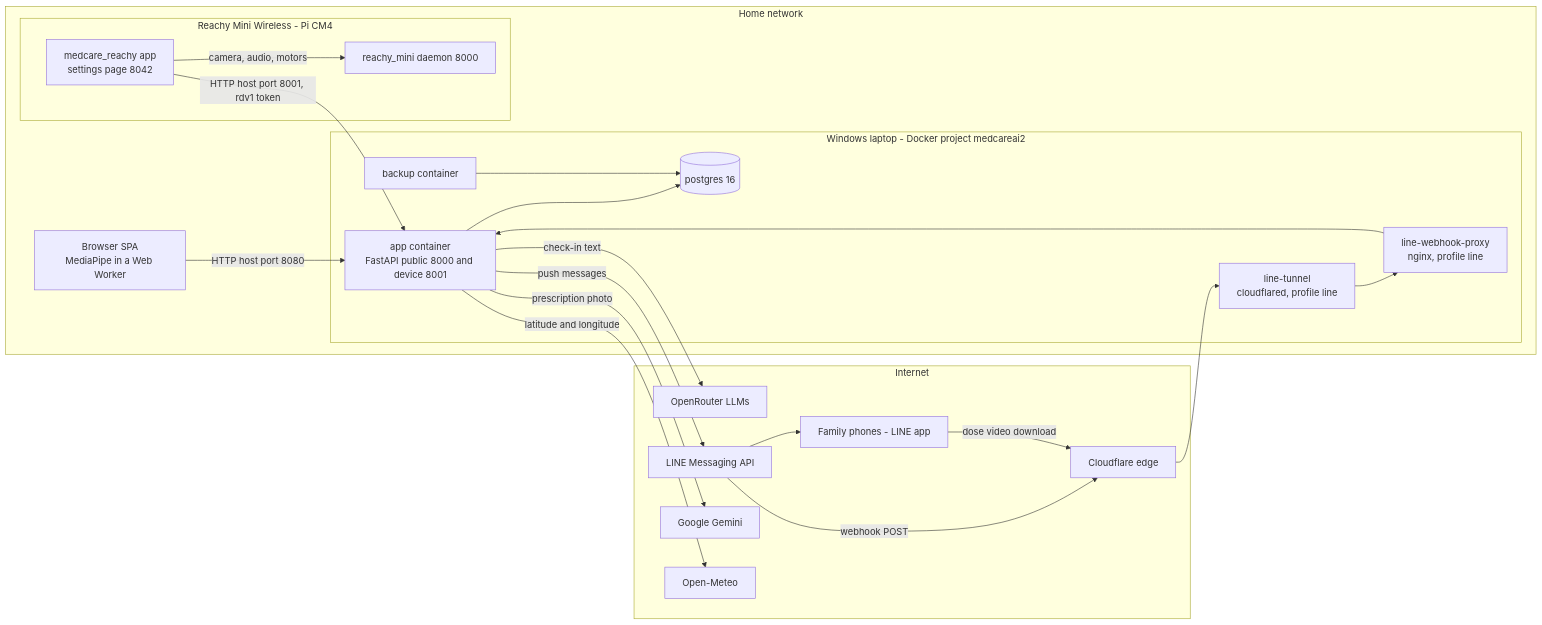
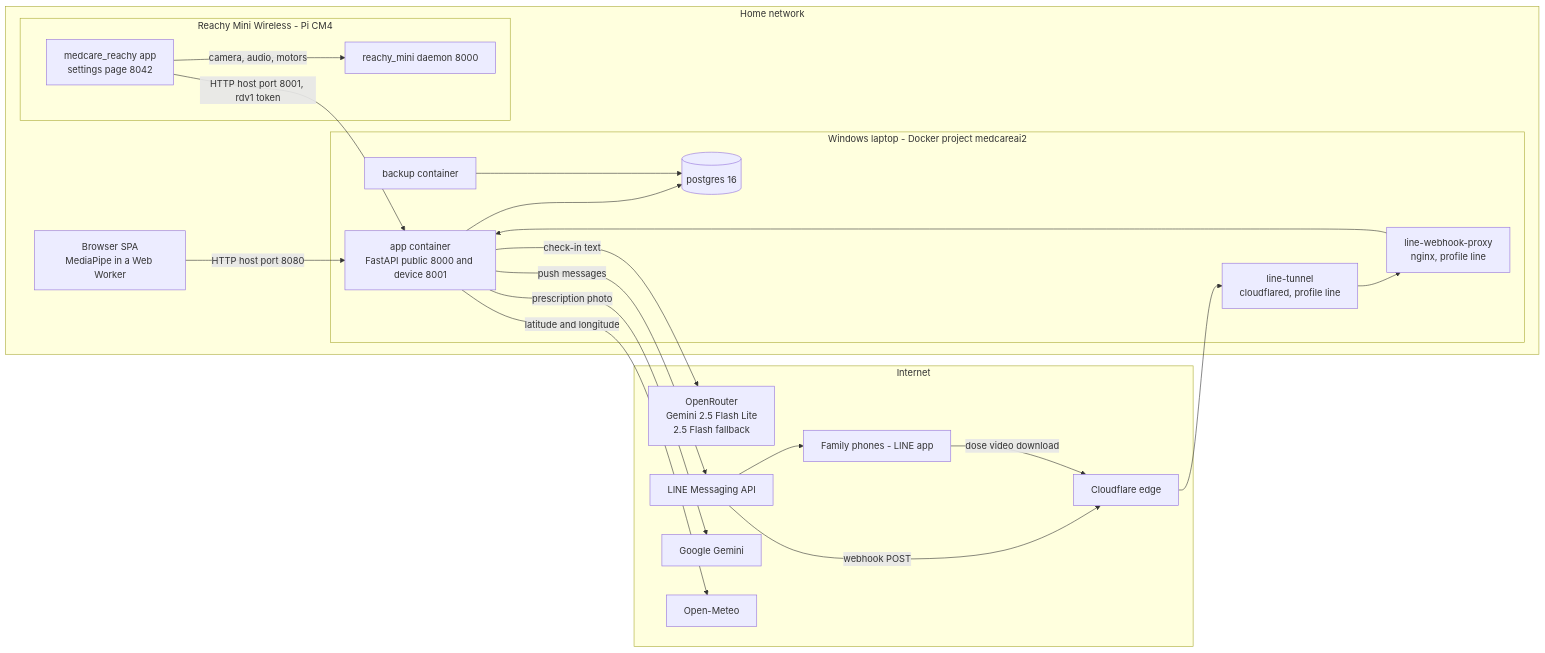
Before and after one commit to Ferdinanzk/MedAiCarePlus: the first of 3 diagrams in docs/ARCHITECTURE.md, drawn with Mermaid. The commit also changed other lines of this file and 12 other files, not shown here.

````diff
--- a/docs/ARCHITECTURE.md
+++ b/docs/ARCHITECTURE.md
@@ -37,40 +37,40 @@
 ```mermaid
 flowchart LR
   subgraph Home["Home network"]
     subgraph Laptop["Windows laptop - Docker project medcareai2"]
       App["app container<br/>FastAPI public 8000 and device 8001"]
       DB[("postgres 16")]
       Backup["backup container"]
       Proxy["line-webhook-proxy<br/>nginx, profile line"]
       Tunnel["line-tunnel<br/>cloudflared, profile line"]
     end
     Browser["Browser SPA<br/>MediaPipe in a Web Worker"]
     subgraph Robot["Reachy Mini Wireless - Pi CM4"]
       RApp["medcare_reachy app<br/>settings page 8042"]
       Daemon["reachy_mini daemon 8000"]
     end
   end
   subgraph Internet["Internet"]
-    OR["OpenRouter LLMs"]
+    OR["OpenRouter<br/>Gemini 2.5 Flash Lite<br/>2.5 Flash fallback"]
     LINE["LINE Messaging API"]
     CF["Cloudflare edge"]
     Gemini["Google Gemini"]
     Meteo["Open-Meteo"]
     Family["Family phones - LINE app"]
   end
   Browser -- "HTTP host port 8080" --> App
   RApp -- "HTTP host port 8001, rdv1 token" --> App
   RApp -- "camera, audio, motors" --> Daemon
   App --> DB
   Backup --> DB
   App -- "check-in text" --> OR
   App -- "push messages" --> LINE
   App -- "prescription photo" --> Gemini
   App -- "latitude and longitude" --> Meteo
   LINE --> Family
   LINE -- "webhook POST" --> CF
   Family -- "dose video download" --> CF
   CF --> Tunnel
   Tunnel --> Proxy
   Proxy --> App
 ```
````
